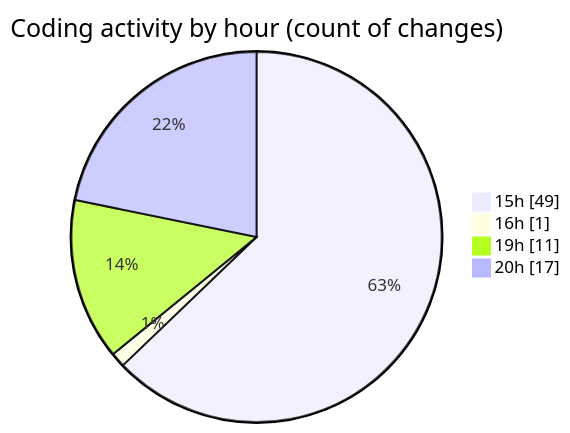
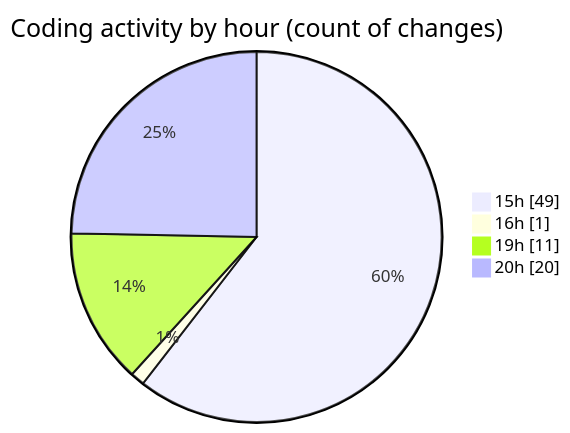
One commit to Elitesun/code-tracking changed the second of 2 diagrams in 2025-04-07/sungpt/README.md. Above: the diagram before and after it, drawn with Mermaid. The commit also changed other lines of this file and 1 other file, not shown here.

````diff
--- a/2025-04-07/sungpt/README.md
+++ b/2025-04-07/sungpt/README.md
@@ -37,8 +37,8 @@
 ```mermaid
 pie showData
 title Coding activity by hour (count of changes)
 "15h" : 49
 "16h" : 1
 "19h" : 11
-"20h" : 17
+"20h" : 20
 ```
````
